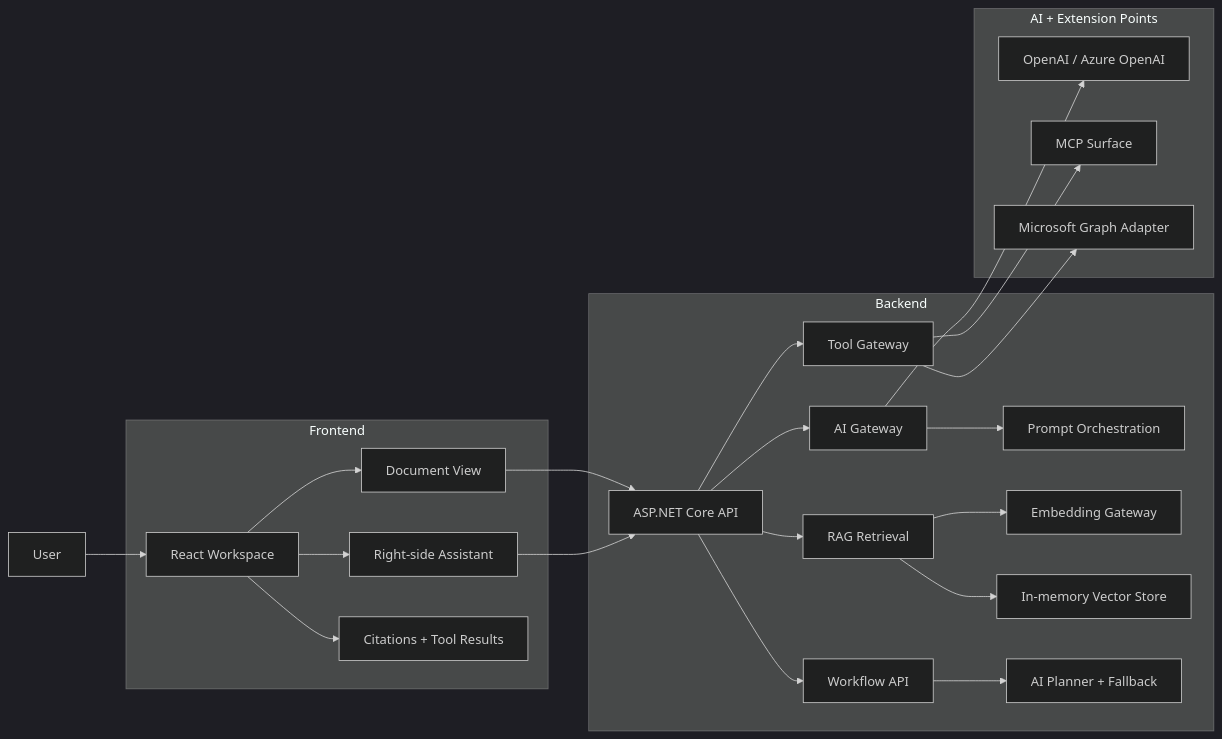
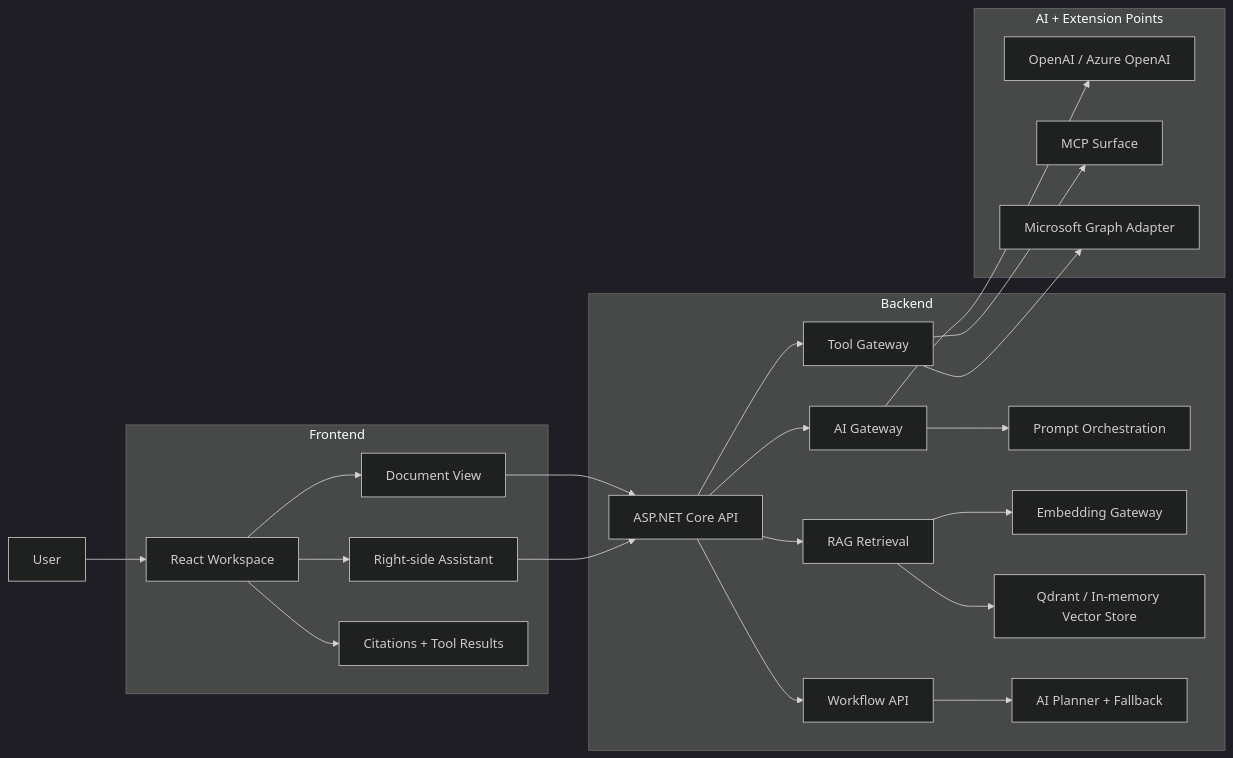
Before and after one commit to haoyucheng369-gif/enterprise-ai-document-assistant: the first of 2 diagrams in README.md, drawn with Mermaid (dark theme). The commit also changed other lines of this file and 13 other files, not shown here.

Commit message:
Add persistent Qdrant vector storage

````diff
--- a/README.md
+++ b/README.md
@@ -11,30 +11,30 @@
 ```mermaid
 flowchart LR
     user[User] --> ui[React Workspace]
 
     subgraph frontend[Frontend]
         ui --> docs[Document View]
         ui --> assistant[Right-side Assistant]
         ui --> panels[Citations + Tool Results]
     end
 
     assistant --> api[ASP.NET Core API]
     docs --> api
 
     subgraph backend[Backend]
         api --> gateway[AI Gateway]
         api --> tools[Tool Gateway]
         api --> workflows[Workflow API]
         gateway --> prompts[Prompt Orchestration]
         api --> rag[RAG Retrieval]
         rag --> embeddings[Embedding Gateway]
-        rag --> vectors[In-memory Vector Store]
+        rag --> vectors[Qdrant / In-memory Vector Store]
         workflows --> planner[AI Planner + Fallback]
     end
 
     subgraph ai[AI + Extension Points]
         gateway --> models[OpenAI / Azure OpenAI]
         tools --> mcp[MCP Surface]
         tools --> msgraph[Microsoft Graph Adapter]
     end
 ```
````
